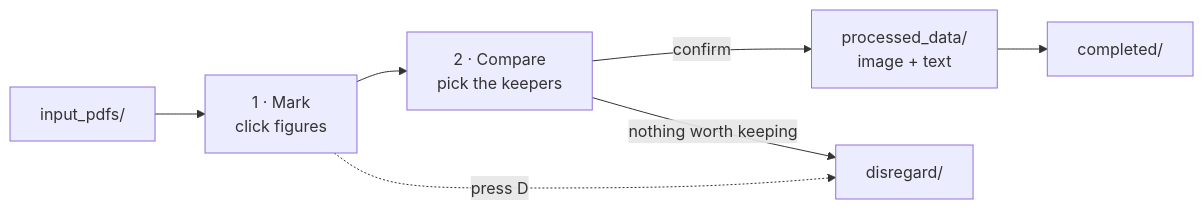
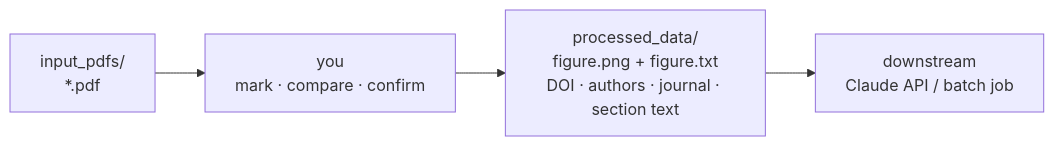
The diagram in README.md (janhh011/SEMify_Preprocessing), drawn with Mermaid before and after one commit. The commit also changed other lines of this file and 4 other files, not shown here.

First line of the commit message:
Tighten README: single workflow diagram, clearer purpose

````diff
--- a/README.md
+++ b/README.md
@@ -34,9 +11,6 @@
 ```mermaid
 flowchart LR
-    A[input_pdfs/] --> B[1 · Mark<br/>click figures]
-    B --> C[2 · Compare<br/>pick the keepers]
-    C -->|confirm| D[processed_data/<br/>image + text]
-    C -->|nothing worth keeping| E[disregard/]
-    D --> F[completed/]
-    B -.->|press D| E
+    A["input_pdfs/<br/>*.pdf"] --> B["you<br/>mark · compare · confirm"]
+    B --> C["processed_data/<br/>figure.png + figure.txt<br/>DOI · authors · journal · section text"]
+    C --> D["downstream<br/>Claude API / batch job"]
 ```
````
